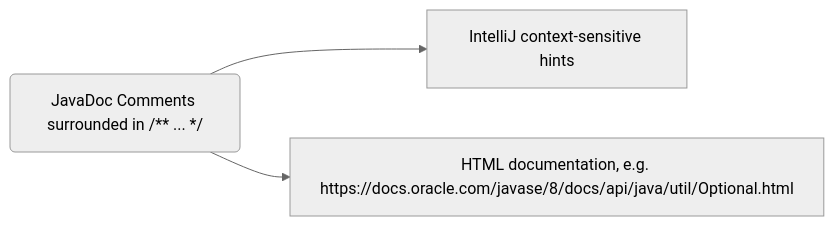
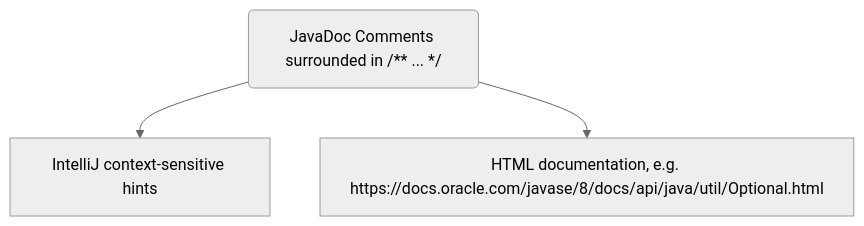
Before and after one commit to Billy-Spearman-WCCI/RaceCarExtension: the first of 4 diagrams in README.md, drawn with Mermaid (neutral theme). The commit also changed other lines of this file, not shown here.

````diff
--- a/README.md
+++ b/README.md
@@ -44,5 +44,5 @@
   ```mermaid
-  graph LR
+  graph TB
   JavaDoc("JavaDoc Comments surrounded in /** ... */") --> IntelliJ[IntelliJ context-sensitive hints]
   JavaDoc --> HTML[HTML documentation, e.g. https://docs.oracle.com/javase/8/docs/api/java/util/Optional.html]
   ```
````
